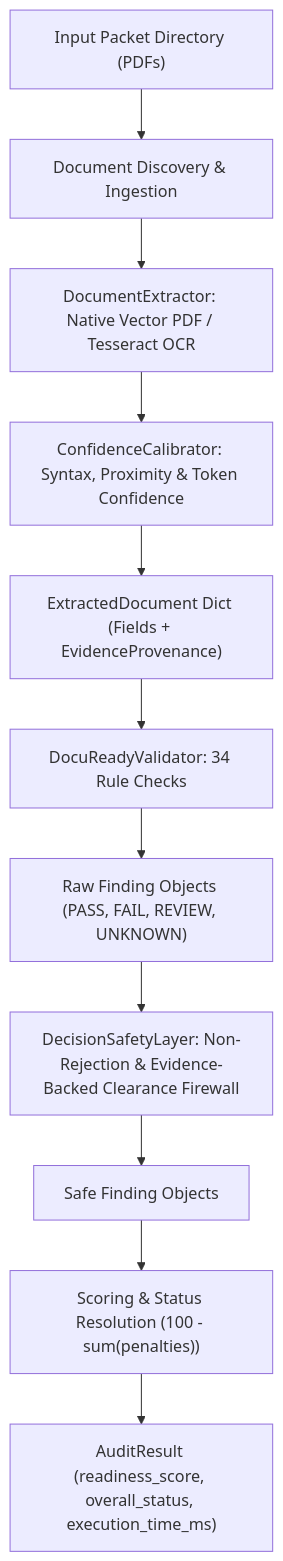
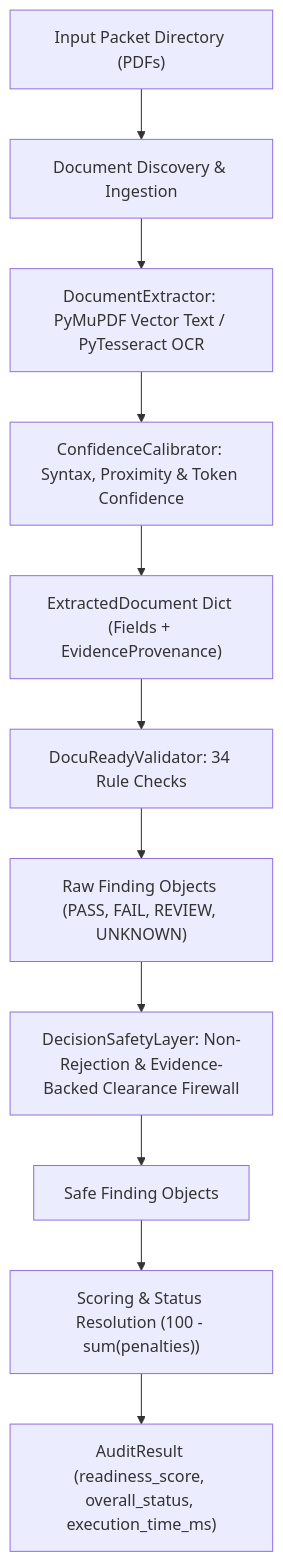
One commit to Algoryxz/DocuReady changed the diagram in docs/history/CODE_AUDIT_T0.md. Above: the diagram before and after it, drawn with Mermaid. The commit also changed other lines of this file and 2 other files, not shown here.

````diff
--- a/docs/history/CODE_AUDIT_T0.md
+++ b/docs/history/CODE_AUDIT_T0.md
@@ -61,13 +67,13 @@
 ```mermaid
 flowchart TD
     A["Input Packet Directory (PDFs)"] --> B["Document Discovery & Ingestion"]
-    B --> C["DocumentExtractor: Native Vector PDF / Tesseract OCR"]
+    B --> C["DocumentExtractor: PyMuPDF Vector Text / PyTesseract OCR"]
     C --> D["ConfidenceCalibrator: Syntax, Proximity & Token Confidence"]
     D --> E["ExtractedDocument Dict (Fields + EvidenceProvenance)"]
     E --> F["DocuReadyValidator: 34 Rule Checks"]
     F --> G["Raw Finding Objects (PASS, FAIL, REVIEW, UNKNOWN)"]
     G --> H["DecisionSafetyLayer: Non-Rejection & Evidence-Backed Clearance Firewall"]
     H --> I["Safe Finding Objects"]
     I --> J["Scoring & Status Resolution (100 - sum(penalties))"]
     J --> K["AuditResult (readiness_score, overall_status, execution_time_ms)"]
 ```
````
